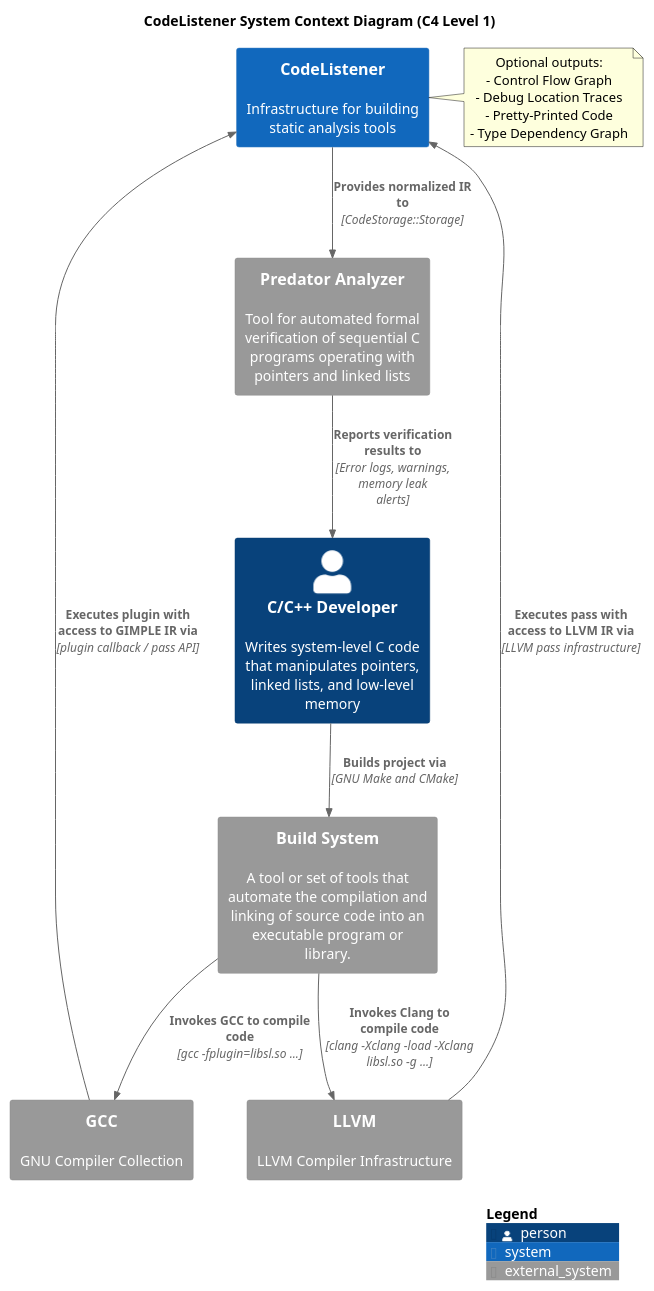
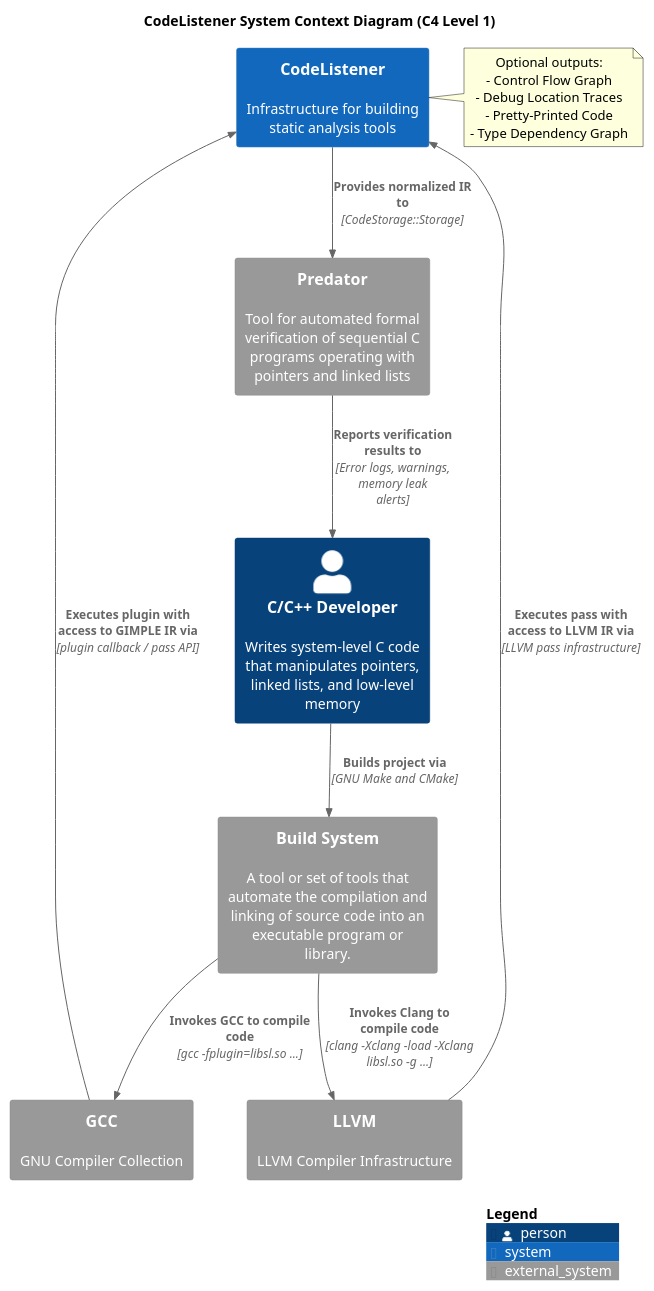
Before and after one commit to pseja/gcc-plugin-for-static-analyzer-support: the diagram in diagrams/CodeListener/c4_scd.puml, drawn with PlantUML. The commit also changed 1 other file, not shown here.

```diff
--- a/diagrams/CodeListener/c4_scd.puml
+++ b/diagrams/CodeListener/c4_scd.puml
@@ -1,41 +1,41 @@
 @startuml c4_scd
 !include <C4/C4_Container>
 
 title CodeListener System Context Diagram (C4 Level 1)
 
 Person(developer, "C/C++ Developer", "Writes system-level C code that manipulates pointers, linked lists, and low-level memory")
 
 ' https://www.fit.vut.cz/research/group/verifit/public/tools/code-listener/
 System(codelistener, "CodeListener", "Infrastructure for building static analysis tools")
 
 ' https://en.wikipedia.org/wiki/Build_automation
 ' https://en.wikipedia.org/wiki/Build_automation#cite_note-2
 System_Ext(build_system, "Build System", "A tool or set of tools that automate the compilation and linking of source code into an executable program or library.")
 ' https://gcc.gnu.org/
 System_Ext(gcc, "GCC", "GNU Compiler Collection")
 ' https://llvm.org/
 System_Ext(llvm, "LLVM", "LLVM Compiler Infrastructure")
 ' https://www.fit.vut.cz/research/group/verifit/public/tools/predator/
-System_Ext(predator, "Predator Analyzer", "Tool for automated formal verification of sequential C programs operating with pointers and linked lists")
+System_Ext(predator, "Predator", "Tool for automated formal verification of sequential C programs operating with pointers and linked lists")
 
 Rel(developer, build_system, "Builds project via", "GNU Make and CMake")
 Rel(build_system, gcc, "Invokes GCC to compile code", "gcc -fplugin=libsl.so ...")
 ' https://clang.llvm.org/
 Rel(build_system, llvm, "Invokes Clang to compile code", "clang -Xclang -load -Xclang libsl.so -g ...")
 
 Rel(gcc, codelistener, "Executes plugin with access to GIMPLE IR via", "plugin callback / pass API")
 Rel(llvm, codelistener, "Executes pass with access to LLVM IR via", "LLVM pass infrastructure")
 
 Rel(codelistener, predator, "Provides normalized IR to", "CodeStorage::Storage")
 Rel(predator, developer, "Reports verification results to", "Error logs, warnings, memory leak alerts")
 
 note right of codelistener
     Optional outputs:
     - Control Flow Graph
     - Debug Location Traces
     - Pretty-Printed Code
     - Type Dependency Graph
 end note
 
 SHOW_LEGEND()
 @enduml
```
